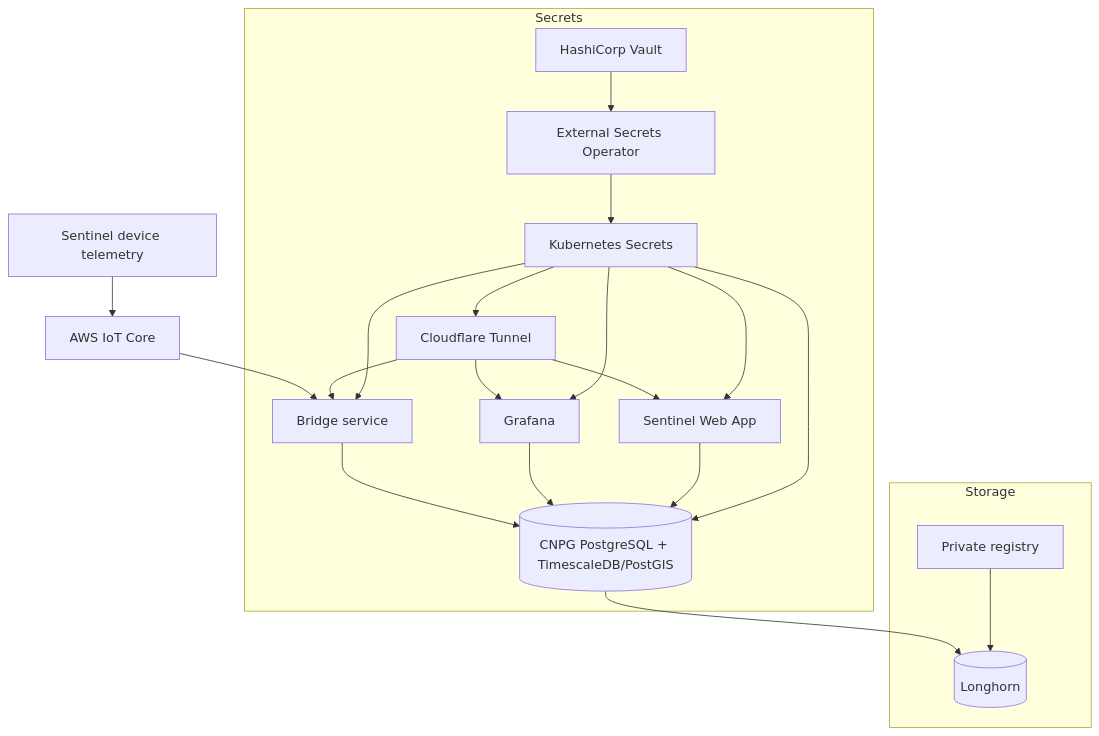
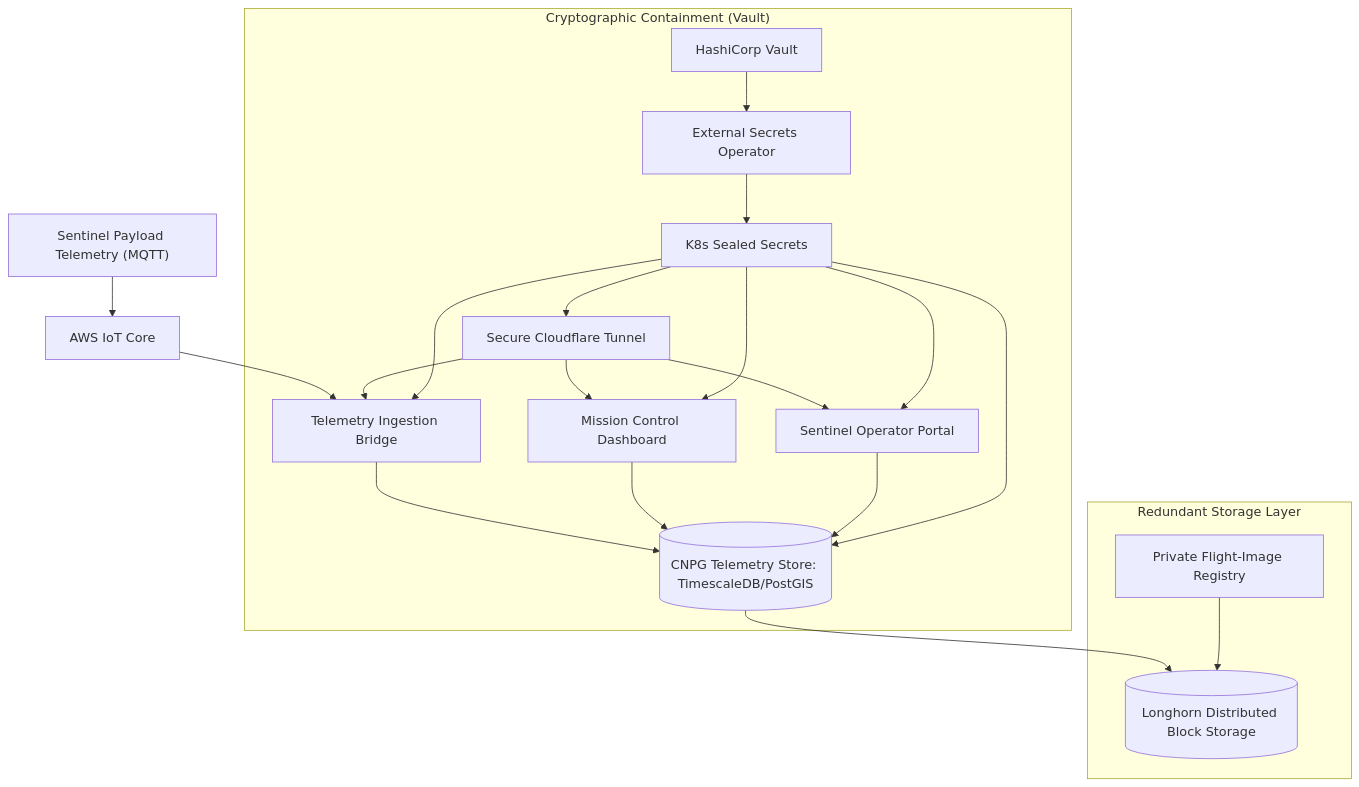
Before and after one commit to akubima/sentinel-infra: the diagram in README.md, drawn with Mermaid. The commit also changed other lines of this file, not shown here.

Commit message:
docs: rewrite README with mission-control telemetry voice and accurate schemas

````diff
--- a/README.md
+++ b/README.md
@@ -14,26 +20,27 @@
 ```mermaid
 graph TD
-    Device[Sentinel device telemetry] --> AWSIoT[AWS IoT Core]
-    AWSIoT --> Bridge[Bridge service]
-    Bridge --> Postgres[(CNPG PostgreSQL + TimescaleDB/PostGIS)]
-    Grafana[Grafana] --> Postgres
-    SentinelApp[Sentinel Web App] --> Postgres
-    Cloudflared[Cloudflare Tunnel] --> Grafana
+    Device["Sentinel Payload Telemetry (MQTT)"] --> AWSIoT[AWS IoT Core]
+    AWSIoT --> Bridge[Telemetry Ingestion Bridge]
+    Bridge --> Postgres[(CNPG Telemetry Store: TimescaleDB/PostGIS)]
+    Grafana[Mission Control Dashboard] --> Postgres
+    SentinelApp[Sentinel Operator Portal] --> Postgres
+    Cloudflared[Secure Cloudflare Tunnel] --> Grafana
     Cloudflared --> Bridge
     Cloudflared --> SentinelApp
 
-    subgraph Secrets
+    subgraph Secrets ["Cryptographic Containment (Vault)"]
         Vault[HashiCorp Vault] --> ESO[External Secrets Operator]
-        ESO --> K8sSecrets[Kubernetes Secrets]
+        K8sSecrets[K8s Sealed Secrets]
+        ESO --> K8sSecrets
         K8sSecrets --> Bridge
         K8sSecrets --> Grafana
         K8sSecrets --> Postgres
         K8sSecrets --> Cloudflared
         K8sSecrets --> SentinelApp
     end
 
-    subgraph Storage
-        Postgres --> Longhorn[(Longhorn)]
-        Registry[Private registry] --> Longhorn
+    subgraph Storage ["Redundant Storage Layer"]
+        Postgres --> Longhorn[(Longhorn Distributed Block Storage)]
+        Registry[Private Flight-Image Registry] --> Longhorn
     end
 ```
````
